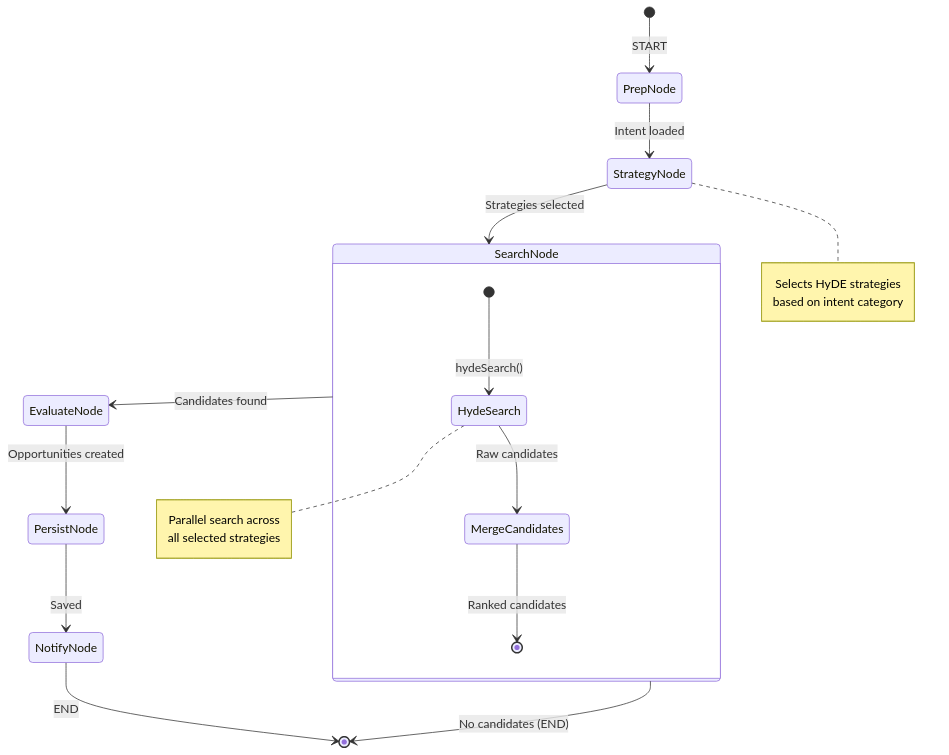
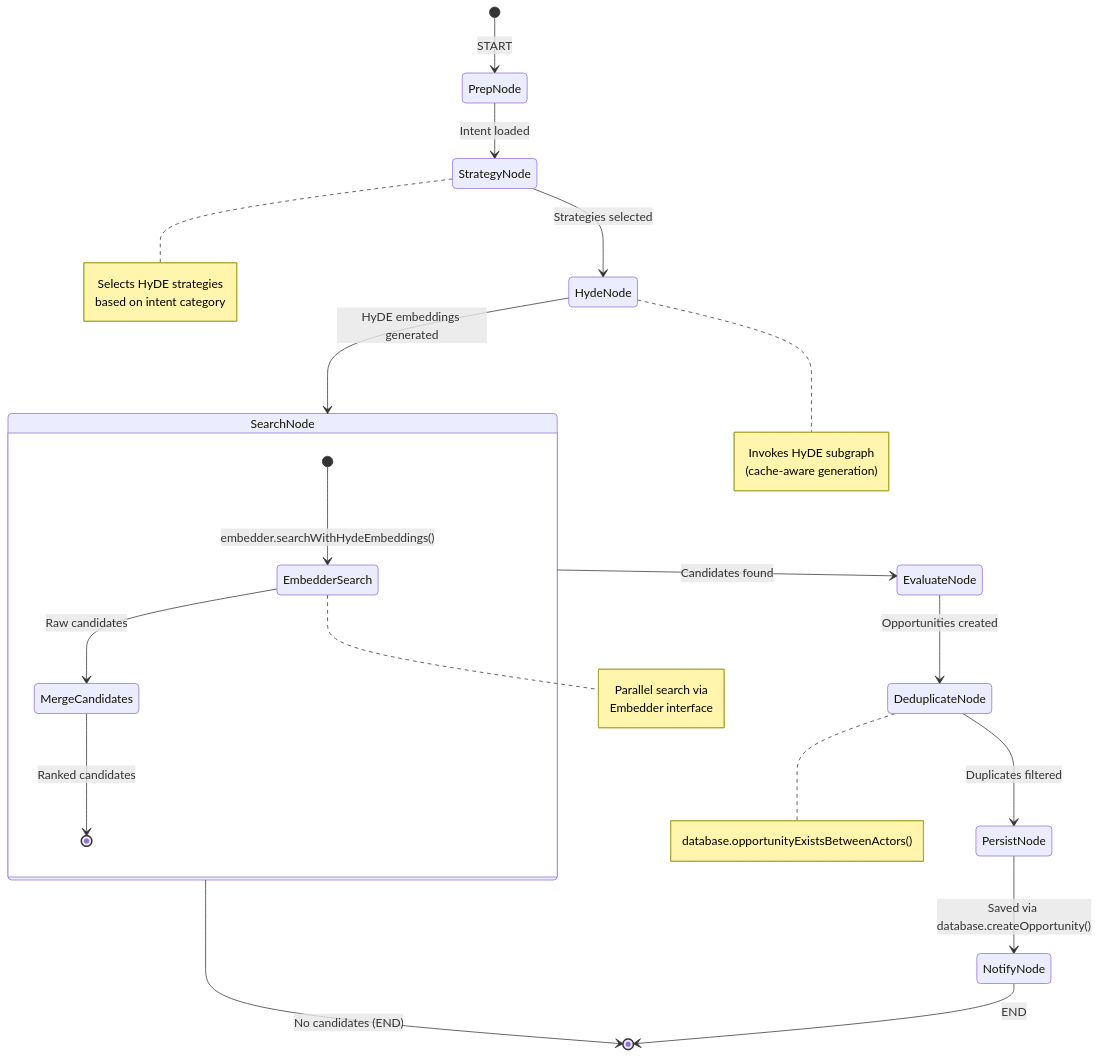
The fourth of 7 diagrams in protocol/plans/opportunity-redesign-plan.md (indexnetwork/claude-plugin), drawn with Mermaid before and after one commit. The commit also changed other lines of this file, not shown here.

First line of the commit message:
docs(opportunity): refactor redesign plan to v3.0 interface-driven architecture

````diff
--- a/protocol/plans/opportunity-redesign-plan.md
+++ b/protocol/plans/opportunity-redesign-plan.md
@@ -1281,25 +2277,31 @@
 ```mermaid
 stateDiagram-v2
     [*] --> PrepNode: START
     
     PrepNode --> StrategyNode: Intent loaded
     
-    StrategyNode --> SearchNode: Strategies selected
+    StrategyNode --> HydeNode: Strategies selected
     note right of StrategyNode: Selects HyDE strategies<br/>based on intent category
     
+    HydeNode --> SearchNode: HyDE embeddings generated
+    note right of HydeNode: Invokes HyDE subgraph<br/>(cache-aware generation)
+    
     state SearchNode {
-        [*] --> HydeSearch: hydeSearch()
-        note right of HydeSearch: Parallel search across<br/>all selected strategies
-        HydeSearch --> MergeCandidates: Raw candidates
+        [*] --> EmbedderSearch: embedder.searchWithHydeEmbeddings()
+        note right of EmbedderSearch: Parallel search via<br/>Embedder interface
+        EmbedderSearch --> MergeCandidates: Raw candidates
         MergeCandidates --> [*]: Ranked candidates
     }
     
     SearchNode --> EvaluateNode: Candidates found
     SearchNode --> [*]: No candidates (END)
     
-    EvaluateNode --> PersistNode: Opportunities created
+    EvaluateNode --> DeduplicateNode: Opportunities created
     
-    PersistNode --> NotifyNode: Saved
+    DeduplicateNode --> PersistNode: Duplicates filtered
+    note right of DeduplicateNode: database.opportunityExistsBetweenActors()
+    
+    PersistNode --> NotifyNode: Saved via database.createOpportunity()
     
     NotifyNode --> [*]: END
 ```
````
